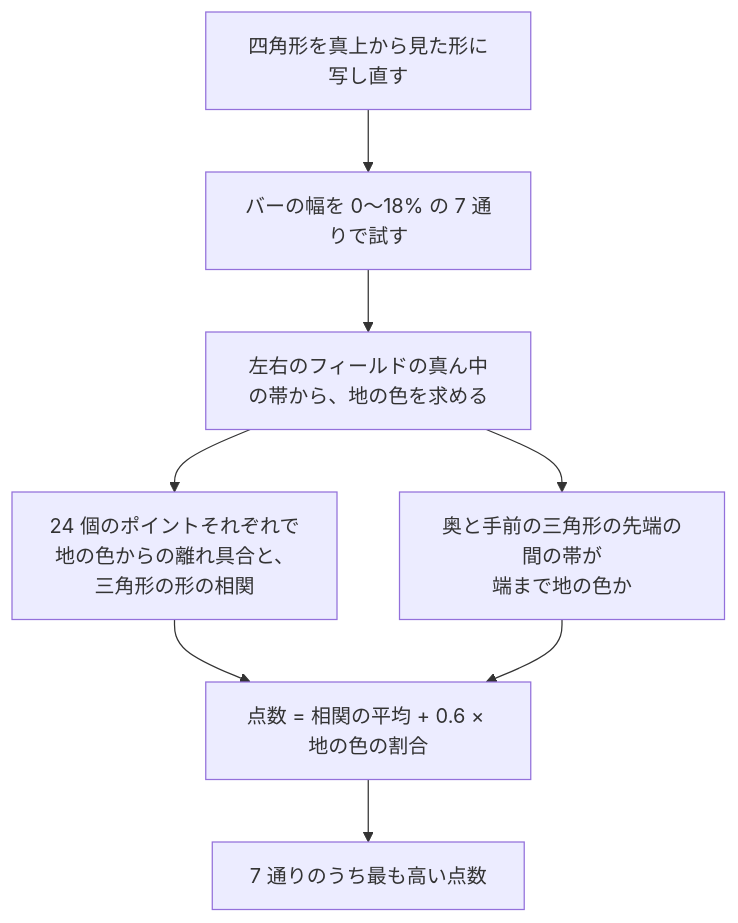
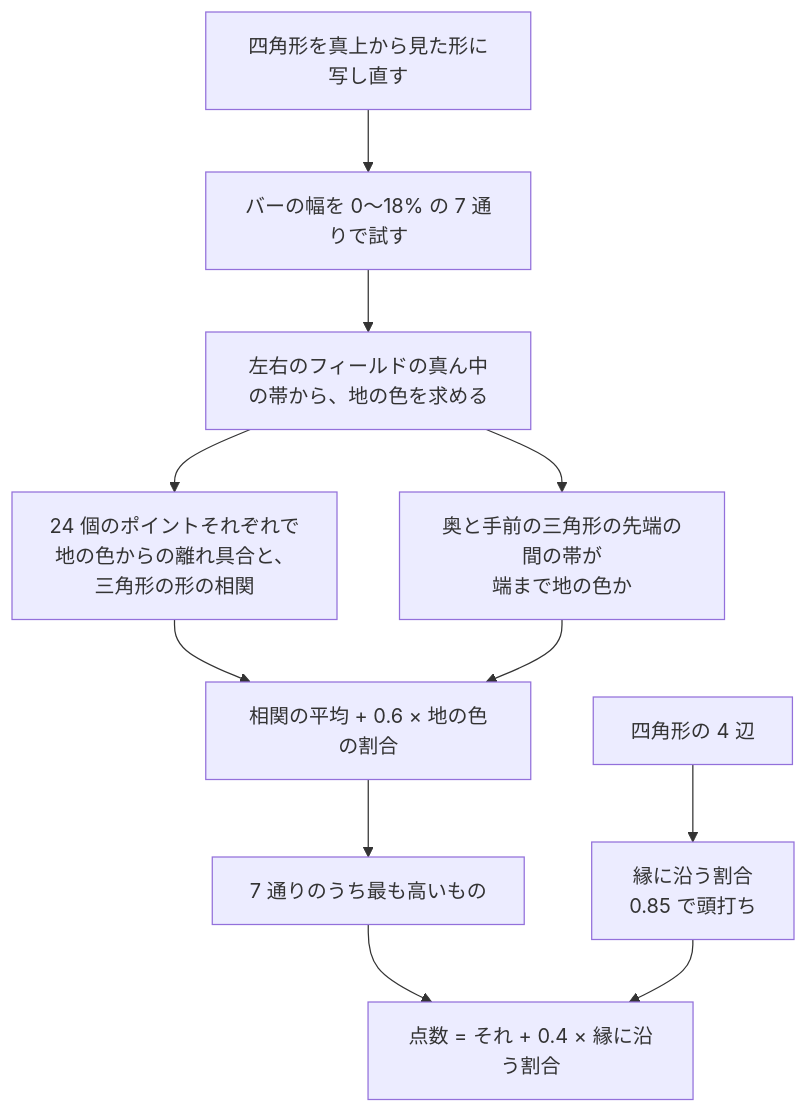
One commit to ytani01/bganalyzer changed the fourth of 6 diagrams in docs/corners.md. Above: the diagram before and after it, drawn with Mermaid. The commit also changed other lines of this file and 15 other files, not shown here.

````diff
--- a/docs/corners.md
+++ b/docs/corners.md
@@ -80,10 +81,13 @@
 ```mermaid
 flowchart TD
   A[四角形を真上から見た形に写し直す] --> B[バーの幅を 0〜18% の 7 通りで試す]
   B --> C[左右のフィールドの真ん中の帯から、地の色を求める]
   C --> D[24 個のポイントそれぞれで<br/>地の色からの離れ具合と、三角形の形の相関]
   C --> E[奥と手前の三角形の先端の間の帯が<br/>端まで地の色か]
-  D --> F[点数 = 相関の平均 + 0.6 × 地の色の割合]
+  D --> F[相関の平均 + 0.6 × 地の色の割合]
   E --> F
-  F --> G[7 通りのうち最も高い点数]
+  F --> G[7 通りのうち最も高いもの]
+  A2[四角形の 4 辺] --> H[縁に沿う割合<br/>0.85 で頭打ち]
+  G --> P[点数 = それ + 0.4 × 縁に沿う割合]
+  H --> P
 ```
````
